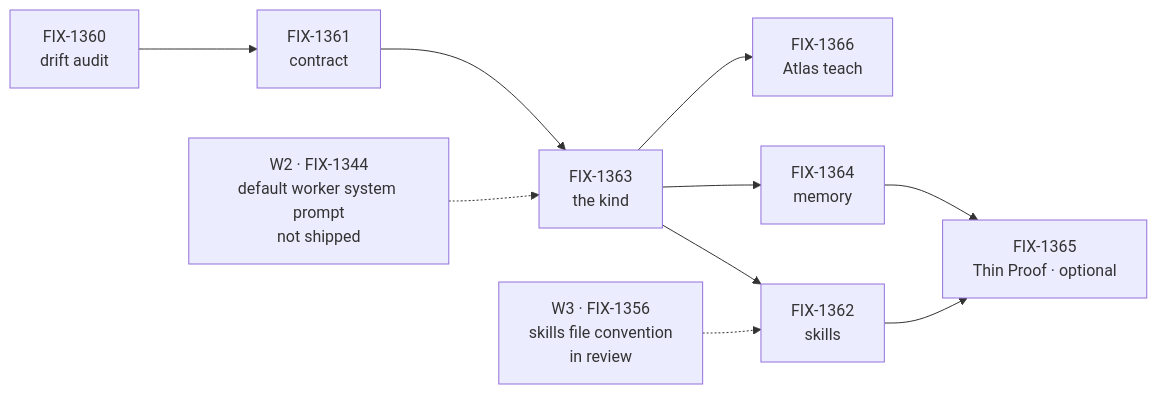
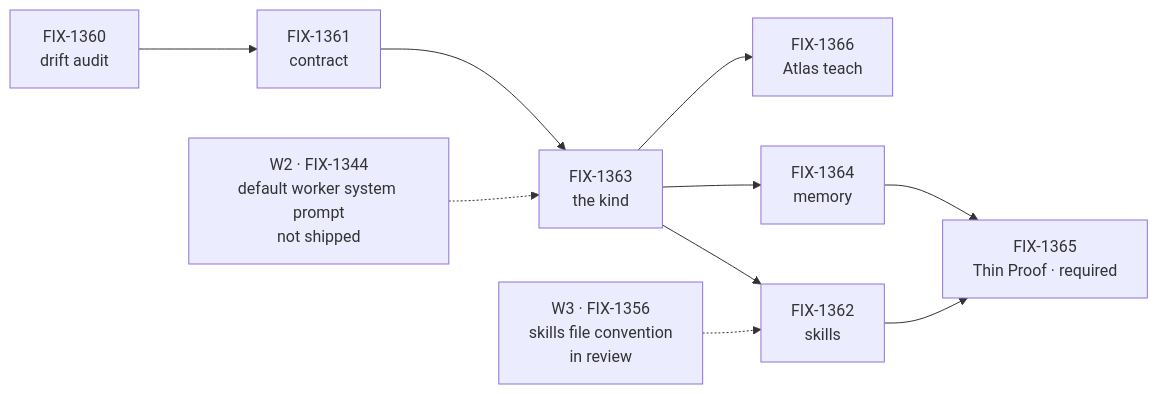
One commit to fixpoint-labs/flow-state-dev changed the fourth of 4 diagrams in spec/_epics/default-agent-kind.explainer.md. Above: the diagram before and after it, drawn with Mermaid. The commit also changed other lines of this file, not shown here.

First line of the commit message:
docs(FIX-1359): refresh epic explainer — FIX-1365 required, zero-config hire

````diff
--- a/spec/_epics/default-agent-kind.explainer.md
+++ b/spec/_epics/default-agent-kind.explainer.md
@@ -61,12 +62,12 @@
 ```mermaid
 flowchart LR
   R["FIX-1360<br/>drift audit"] --> N["FIX-1361<br/>contract"]
   N --> B["FIX-1363<br/>the kind"]
   B --> SK["FIX-1362<br/>skills"]
   B --> M["FIX-1364<br/>memory"]
   B --> T["FIX-1366<br/>Atlas teach"]
-  SK --> P["FIX-1365<br/>Thin Proof · optional"]
+  SK --> P["FIX-1365<br/>Thin Proof · required"]
   M --> P
   D1["W2 · FIX-1344<br/>default worker system prompt<br/>not shipped"] -.-> B
   D2["W3 · FIX-1356<br/>skills file convention<br/>in review"] -.-> SK
 ```
````
